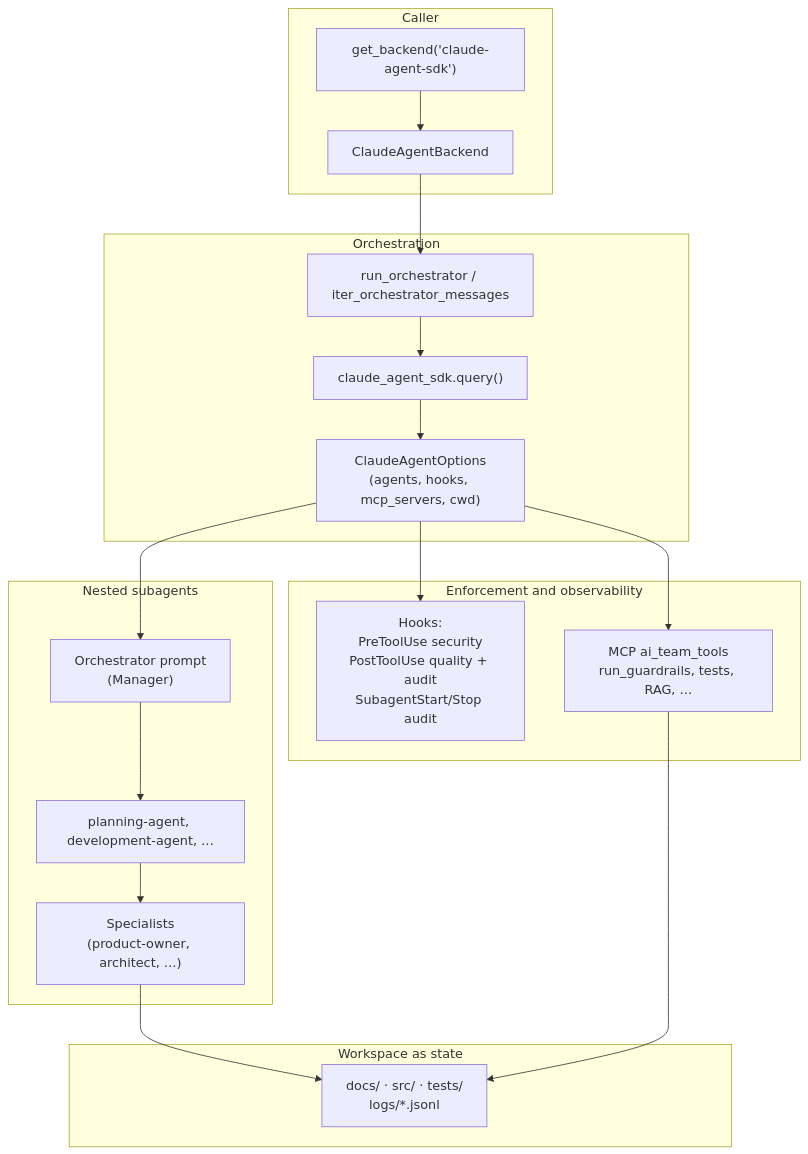
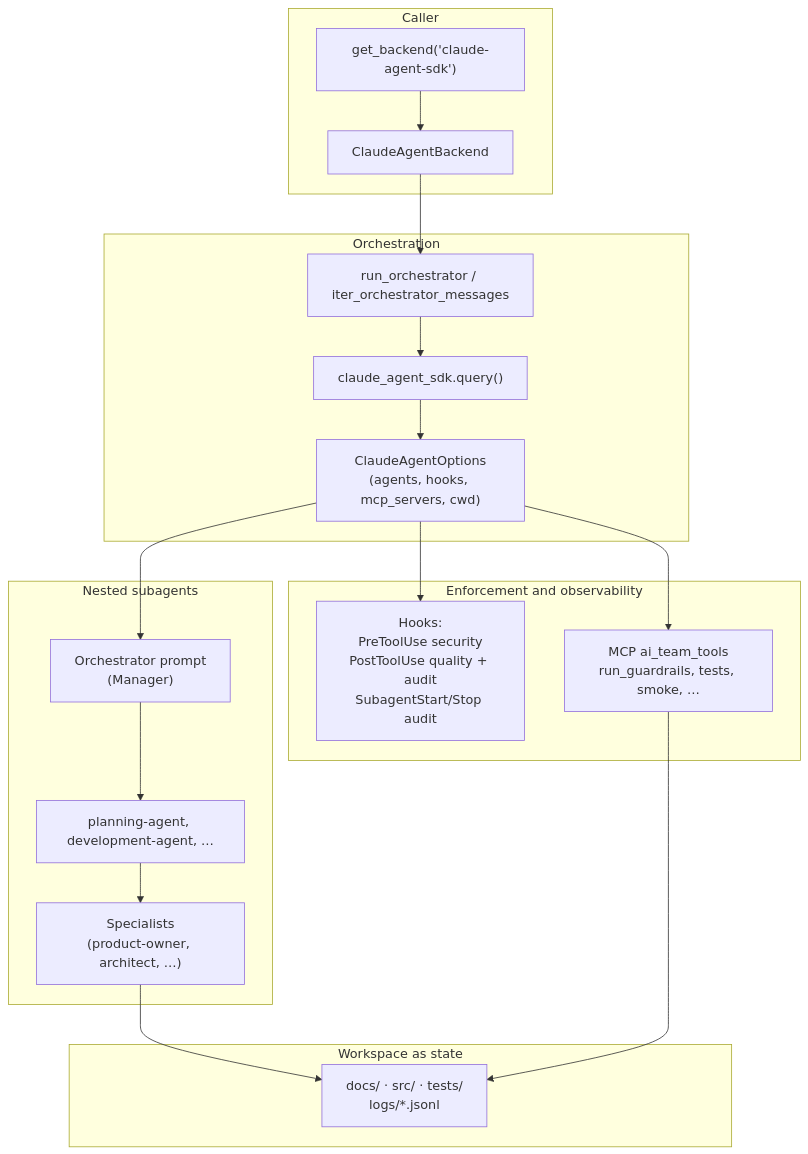
One commit to RickZee/ai-team changed the third of 5 diagrams in docs/ARCHITECTURE.md. Above: the diagram before and after it, drawn with Mermaid. The commit also changed other lines of this file and 14 other files, not shown here.

````diff
--- a/docs/ARCHITECTURE.md
+++ b/docs/ARCHITECTURE.md
@@ -106,36 +99,36 @@
 ```mermaid
 flowchart TB
   subgraph entry [Caller]
     REG["get_backend('claude-agent-sdk')"]
     BE["ClaudeAgentBackend"]
   end
 
   subgraph orch [Orchestration]
     RO["run_orchestrator / iter_orchestrator_messages"]
     Q["claude_agent_sdk.query()"]
     OPT["ClaudeAgentOptions\n(agents, hooks, mcp_servers, cwd)"]
   end
 
   subgraph nested [Nested subagents]
     OA["Orchestrator prompt\n(Manager)"]
     PA["planning-agent, development-agent, …"]
     SP["Specialists\n(product-owner, architect, …)"]
   end
 
   subgraph sidecar [Enforcement and observability]
     H["Hooks:\nPreToolUse security\nPostToolUse quality + audit\nSubagentStart/Stop audit"]
-    MCP["MCP ai_team_tools\nrun_guardrails, tests, RAG, …"]
+    MCP["MCP ai_team_tools\nrun_guardrails, tests, smoke, …"]
   end
 
   subgraph fs [Workspace as state]
     W["docs/ · src/ · tests/\nlogs/*.jsonl"]
   end
 
   REG --> BE --> RO --> Q
   Q --> OPT
   OPT --> OA --> PA --> SP
   SP --> W
   OPT --> H
   OPT --> MCP
   MCP --> W
 ```
````
